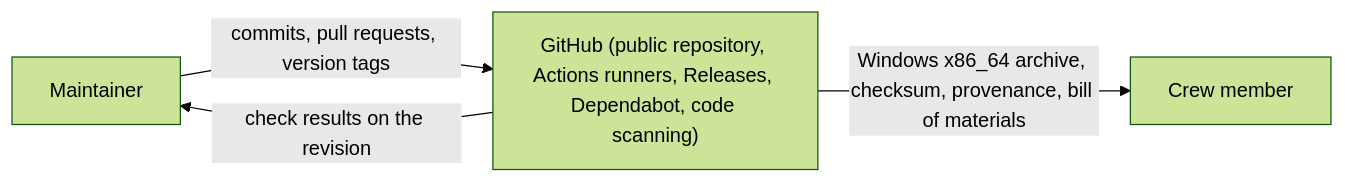
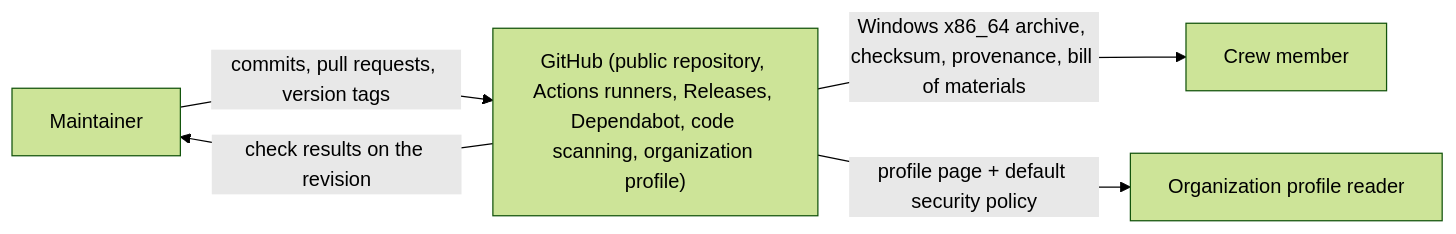
Before and after one commit to duty2cal/duty2cal: the second of 4 diagrams in docs/arc42/03-context-and-scope.md, drawn with Mermaid (forest theme). The commit also changed other lines of this file and 38 other files, not shown here.

Commit message:
docs(apply-configuration-change): record the organization profile evidence and the 0.4.0 change log.

````diff
--- a/docs/arc42/03-context-and-scope.md
+++ b/docs/arc42/03-context-and-scope.md
@@ -24,6 +24,7 @@
 ```mermaid
 flowchart LR
-  maint["Maintainer"] -->|"commits, pull requests, version tags"| gh["GitHub (public repository, Actions runners, Releases, Dependabot, code scanning)"]
+  maint["Maintainer"] -->|"commits, pull requests, version tags"| gh["GitHub (public repository, Actions runners, Releases, Dependabot, code scanning, organization profile)"]
   gh -->|"check results on the revision"| maint
   gh -->|"Windows x86_64 archive, checksum, provenance, bill of materials"| dl["Crew member"]
+  gh -->|"profile page + default security policy"| reader["Organization profile reader"]
 ```
````
